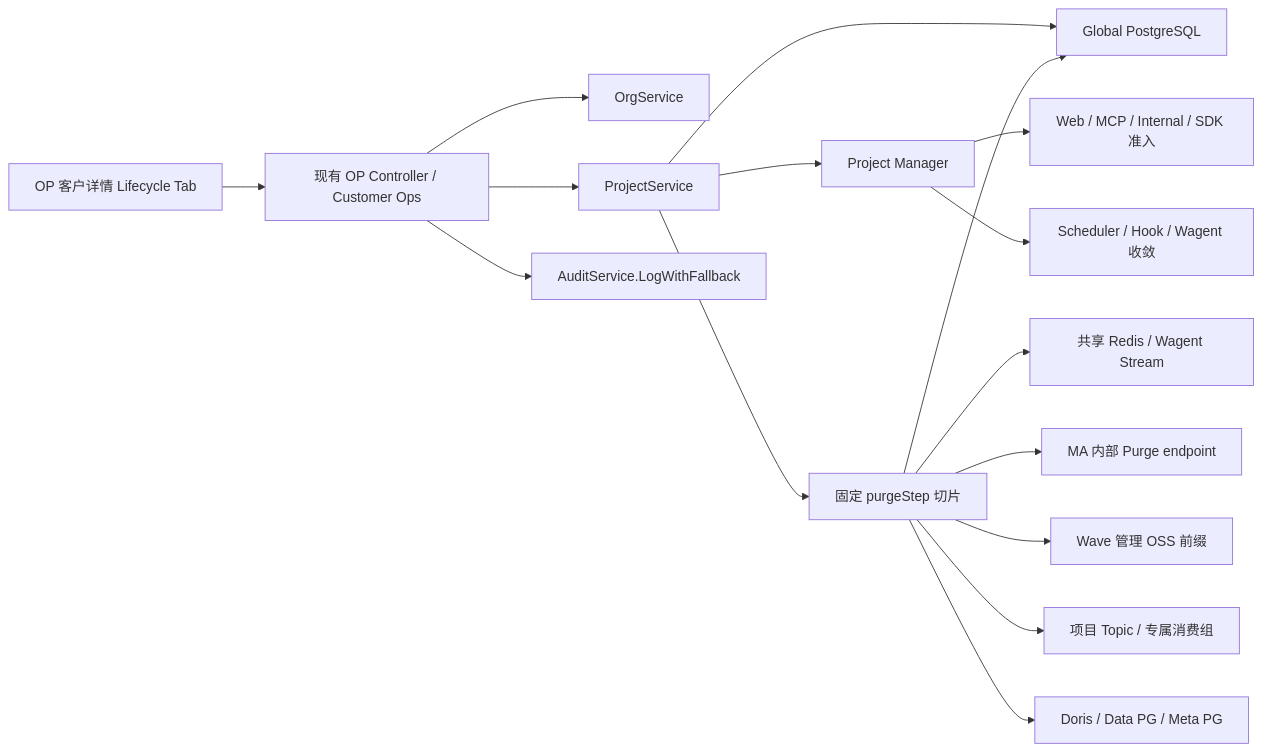
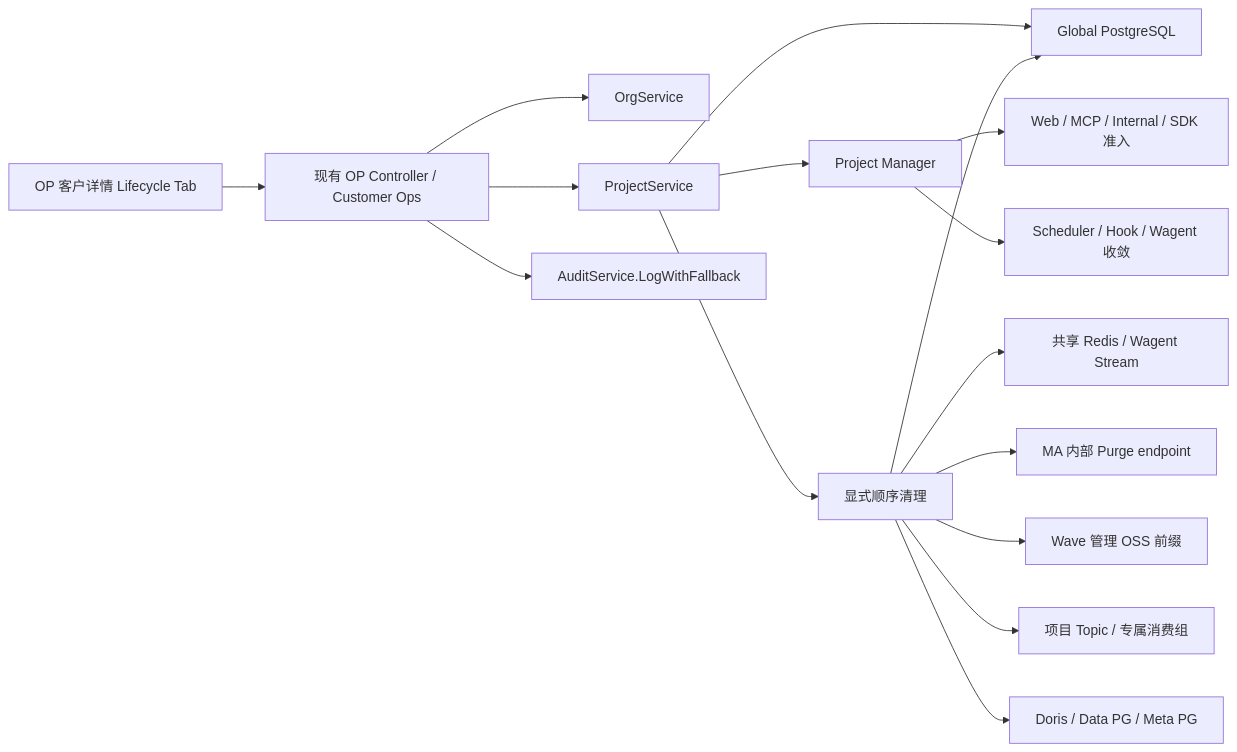
The first of 21 diagrams in specs/20260716-Wave-Refac-OrganizationProjectLifecycle/04-detail.md (qinwenshiCH/workflow), drawn with Mermaid before and after one commit. The commit also changed other lines of this file and 5 other files, not shown here.

````diff
--- a/specs/20260716-Wave-Refac-OrganizationProjectLifecycle/04-detail.md
+++ b/specs/20260716-Wave-Refac-OrganizationProjectLifecycle/04-detail.md
@@ -38,21 +38,21 @@
 ```mermaid
 flowchart LR
     OP["OP 客户详情 Lifecycle Tab"] --> API["现有 OP Controller / Customer Ops"]
     API --> Org["OrgService"]
     API --> Project["ProjectService"]
     API --> Audit["AuditService.LogWithFallback"]
 
     Project --> Global["Global PostgreSQL"]
     Project --> PM["Project Manager"]
-    Project --> Purge["固定 purgeStep 切片"]
+    Project --> Purge["显式顺序清理"]
 
     PM --> Admission["Web / MCP / Internal / SDK 准入"]
     PM --> Runtime["Scheduler / Hook / Wagent 收敛"]
 
     Purge --> SharedRedis["共享 Redis / Wagent Stream"]
     Purge --> MA["MA 内部 Purge endpoint"]
     Purge --> OSS["Wave 管理 OSS 前缀"]
     Purge --> Kafka["项目 Topic / 专属消费组"]
     Purge --> Stores["Doris / Data PG / Meta PG"]
     Purge --> Global
 ```
````
